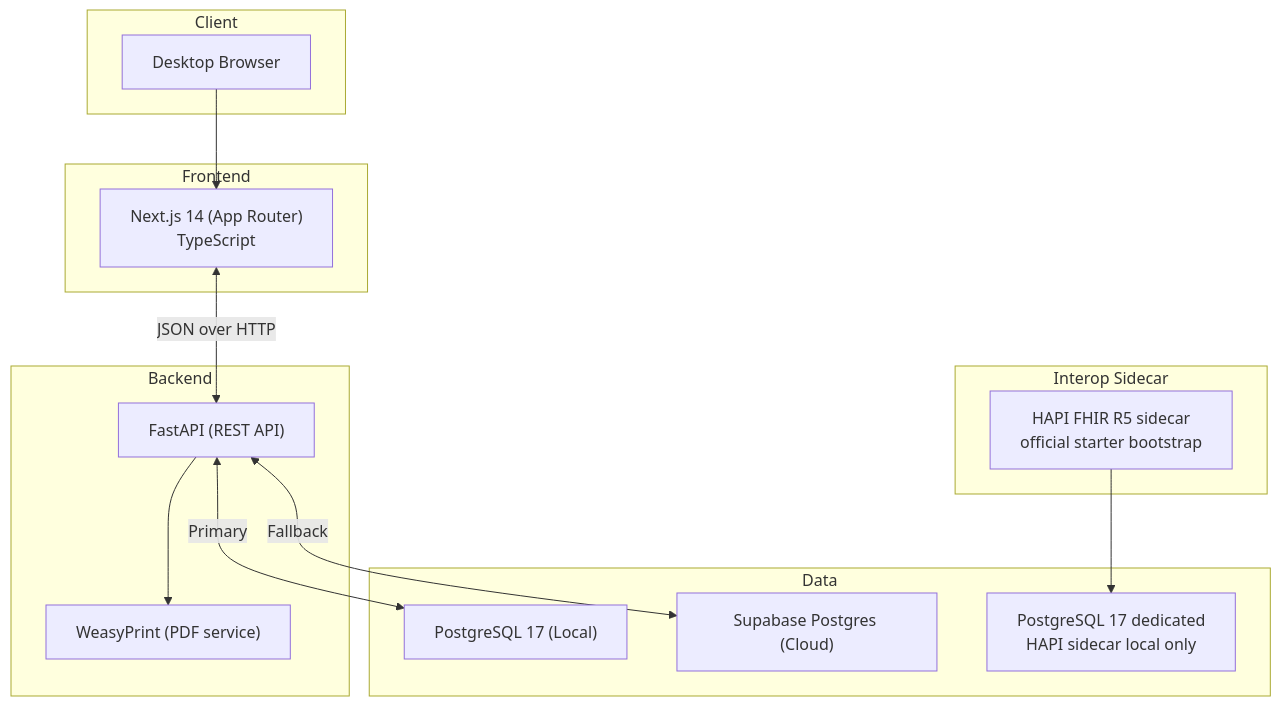
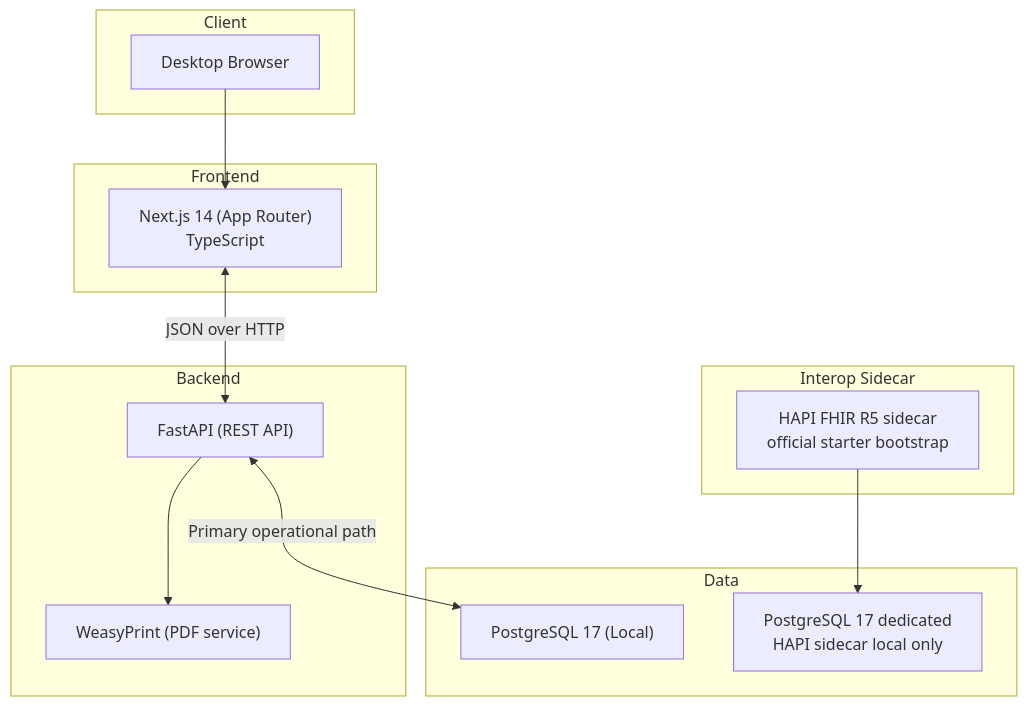
The first of 2 diagrams in docs/architecture/overview.md (AIOjPINEDA/EHR_Local), drawn with Mermaid before and after one commit. The commit also changed other lines of this file and 30 other files, not shown here.

````diff
--- a/docs/architecture/overview.md
+++ b/docs/architecture/overview.md
@@ -11,32 +11,30 @@
 ```mermaid
 flowchart TB
     subgraph Client ["Client"]
         Browser["Desktop Browser"]
     end
 
     subgraph Frontend ["Frontend"]
         NextJS["Next.js 14 (App Router)<br/>TypeScript"]
     end
 
     subgraph Backend ["Backend"]
         FastAPI["FastAPI (REST API)"]
         PDF["WeasyPrint (PDF service)"]
     end
 
     subgraph Sidecar ["Interop Sidecar"]
         HAPI["HAPI FHIR R5 sidecar<br/>official starter bootstrap"]
     end
 
     subgraph Data ["Data"]
         PG17["PostgreSQL 17 (Local)"]
-        SupabasePG["Supabase Postgres (Cloud)"]
         HAPIPG["PostgreSQL 17 dedicated<br/>HAPI sidecar local only"]
     end
 
     Browser --> NextJS
     NextJS <-->|JSON over HTTP| FastAPI
     FastAPI --> PDF
-    FastAPI <-->|Primary| PG17
-    FastAPI <-->|Fallback| SupabasePG
+    FastAPI <-->|Primary operational path| PG17
     HAPI --> HAPIPG
 ```
````
